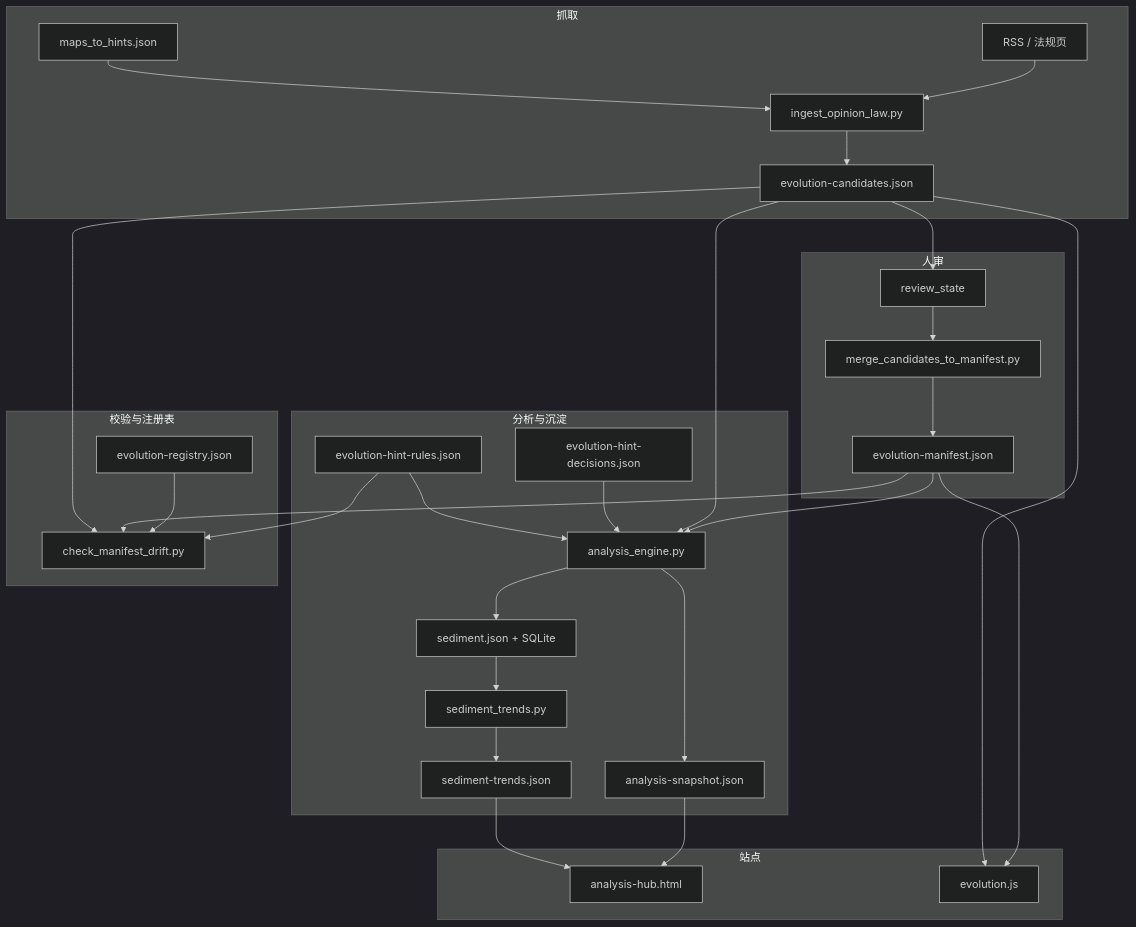
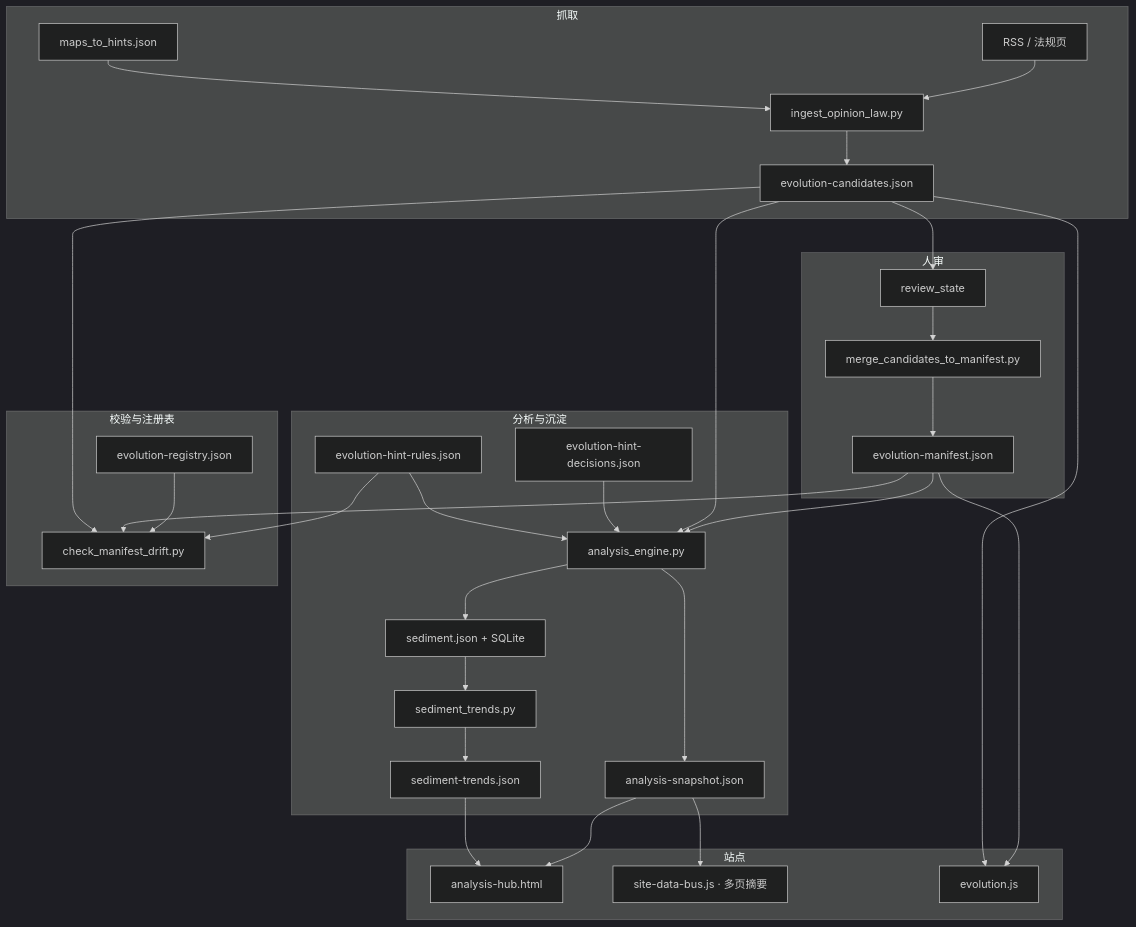
Before and after one commit to smartseanchain/ai-base-arch-evolution: the first of 2 diagrams in docs/ARCHITECTURE.md, drawn with Mermaid (dark theme). The commit also changed other lines of this file and 64 other files, not shown here.

````diff
--- a/docs/ARCHITECTURE.md
+++ b/docs/ARCHITECTURE.md
@@ -7,36 +7,37 @@
 ```mermaid
 flowchart TB
   subgraph ingest [抓取]
     RSS[RSS / 法规页] --> IC[ingest_opinion_law.py]
     IC --> Cand[evolution-candidates.json]
     Hints[maps_to_hints.json] --> IC
   end
   subgraph human [人审]
     Cand --> Rev[review_state]
     Rev --> Merge[merge_candidates_to_manifest.py]
     Merge --> Man[evolution-manifest.json]
   end
   subgraph analyze [分析与沉淀]
     Man --> AE[analysis_engine.py]
     Cand --> AE
     Dec[evolution-hint-decisions.json] --> AE
     Rules[evolution-hint-rules.json] --> AE
     AE --> Snap[analysis-snapshot.json]
     AE --> Sed[sediment.json + SQLite]
     Sed --> Tr[sediment_trends.py]
     Tr --> ST[sediment-trends.json]
   end
   subgraph gate [校验与注册表]
     Reg[evolution-registry.json]
     Reg --> Drift[check_manifest_drift.py]
     Man --> Drift
     Cand --> Drift
     Rules --> Drift
   end
   subgraph site [站点]
     Snap --> Hub[analysis-hub.html]
     ST --> Hub
+    Snap --> Bus[site-data-bus.js · 多页摘要]
     Man --> Evo[evolution.js]
     Cand --> Evo
   end
 ```
````
